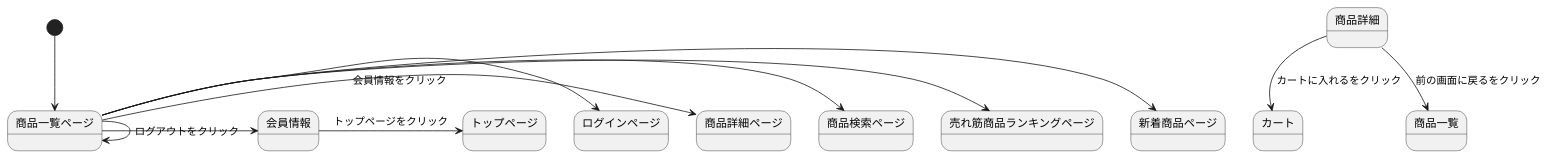
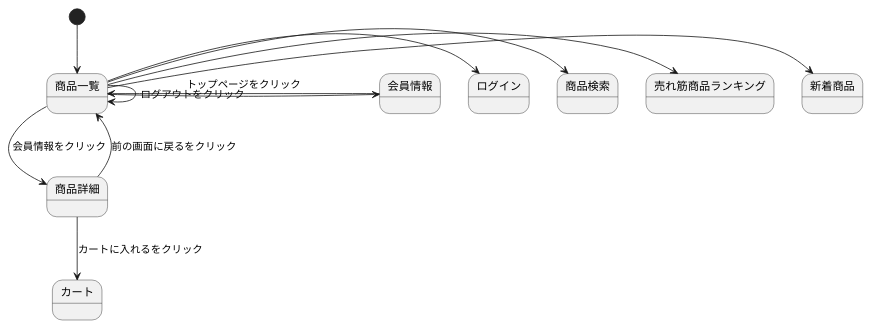
The diagram in stmmyshop.md (Aso2001369/2021sys-design), drawn with PlantUML before and after one commit.

````diff
--- a/stmmyshop.md
+++ b/stmmyshop.md
@@ -1,16 +1,16 @@
 ```uml
 @startuml
 
-[*] --> 商品一覧ページ
-商品一覧ページ -> 新着商品ページ
-商品一覧ページ -> 売れ筋商品ランキングページ
-商品一覧ページ -> 商品検索ページ
-商品一覧ページ -> 商品詳細ページ : 会員情報をクリック
-商品一覧ページ -> ログインページ
-商品一覧ページ -> 商品一覧ページ : ログアウトをクリック
-商品一覧ページ -> 会員情報
+[*] --> 商品一覧
+商品一覧 -> 新着商品
+商品一覧 -> 売れ筋商品ランキング
+商品一覧 -> 商品検索
+商品一覧 -> 商品詳細 : 会員情報をクリック
+商品一覧 -> ログイン
+商品一覧 -> 商品一覧 : ログアウトをクリック
+商品一覧 -> 会員情報
 商品詳細 --> カート : カートに入れるをクリック
 商品詳細 --> 商品一覧 : 前の画面に戻るをクリック
-会員情報 -> トップページ : トップページをクリック
+会員情報 -> 商品一覧 : トップページをクリック
 @enduml
 ```
````
